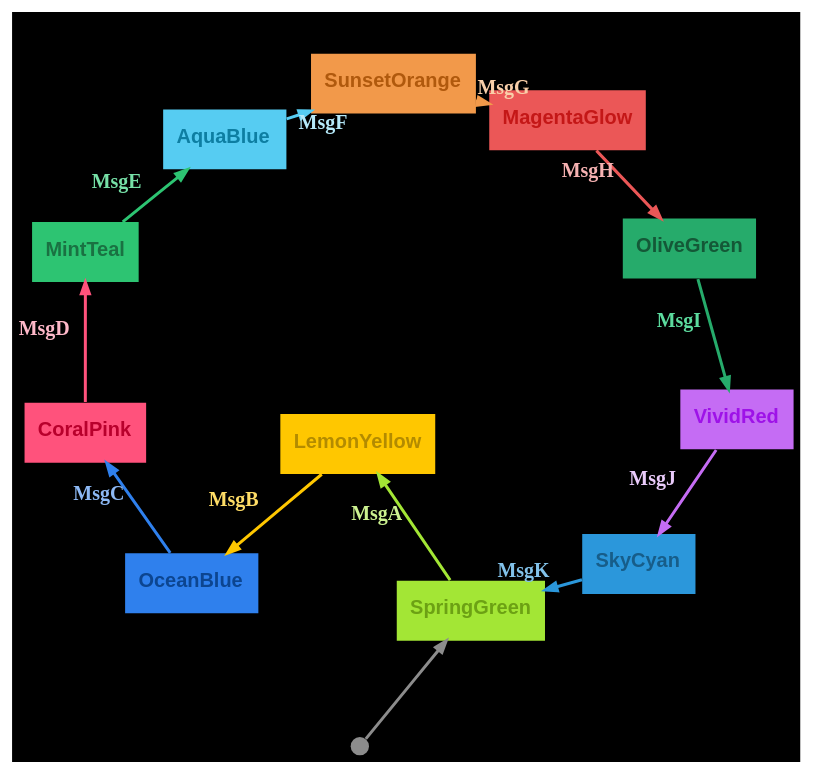
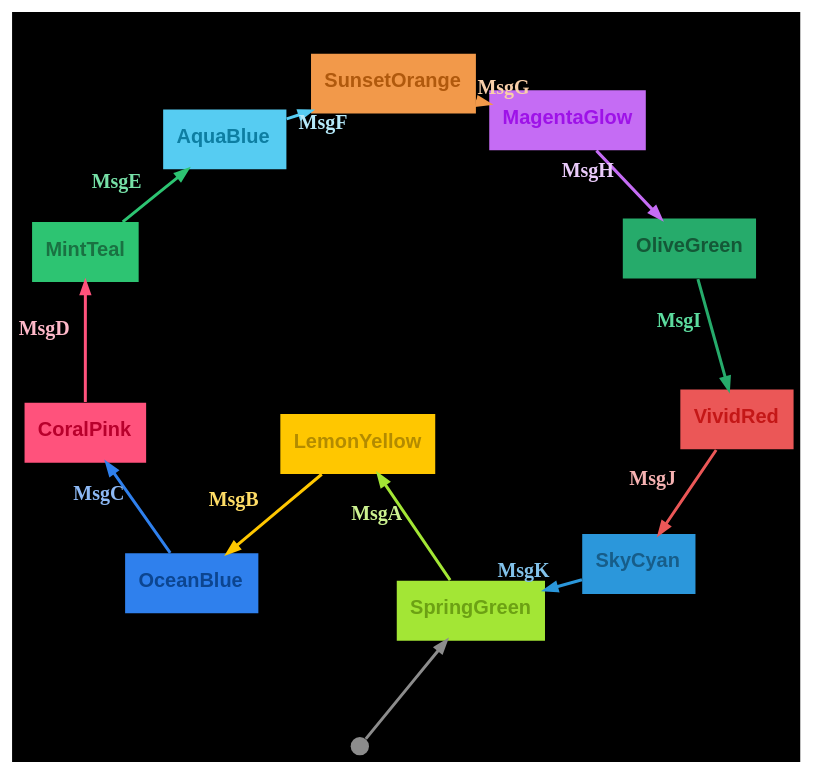
One commit to m-bock/purescript-transit changed the diagram in graphs/color-ring-dark.dot. Above: the diagram before and after it, drawn with Graphviz. The commit also changed 7 other files, not shown here.

```diff
--- a/graphs/color-ring-dark.dot
+++ b/graphs/color-ring-dark.dot
@@ -1,29 +1,29 @@
 digraph 
 {
 rankdir = "TD";fontname = "Arial";label = <<b>Color Ring</b>>;labelloc = "t";fontsize = 12;bgcolor = "#000000"
 graph [layout=sfdp;overlap=false, K=2.5, repulsiveforce=4, splines=true];
 SpringGreen [shape = "box", label = <<b>SpringGreen</b>>, fontsize = 12, style = "filled", fillcolor = "#a3e635", fontcolor = "#6ca114", fontname = "Arial", labelloc = "c", penwidth = 0.0]
 __Start__ [shape = "circle", label = "", width = 0.15, height = 0.15, fixedsize = true, style = "filled", fillcolor = "#8c8c8c", penwidth = 0.0]
 __Start__ -> SpringGreen [color = "#8c8c8c", fontsize = 12, arrowsize = "0.7", penwidth = 1.8]
 SpringGreen -> LemonYellow [color = "#a3e635", fontcolor = "#ccf190", fontsize = 12, arrowsize = "0.7", label = <<b>MsgA</b>>, penwidth = 1.8]
 LemonYellow [shape = "box", label = <<b>LemonYellow</b>>, fontsize = 12, style = "filled", fillcolor = "#ffc700", fontcolor = "#b38b00", fontname = "Arial", labelloc = "c", penwidth = 0.0]
 LemonYellow -> OceanBlue [color = "#ffc700", fontcolor = "#ffdd66", fontsize = 12, arrowsize = "0.7", label = <<b>MsgB</b>>, penwidth = 1.8]
 OceanBlue [shape = "box", label = <<b>OceanBlue</b>>, fontsize = 12, style = "filled", fillcolor = "#2f80ed", fontcolor = "#0c4590", fontname = "Arial", labelloc = "c", penwidth = 0.0]
 OceanBlue -> CoralPink [color = "#2f80ed", fontcolor = "#8db9f5", fontsize = 12, arrowsize = "0.7", label = <<b>MsgC</b>>, penwidth = 1.8]
 CoralPink [shape = "box", label = <<b>CoralPink</b>>, fontsize = 12, style = "filled", fillcolor = "#ff527c", fontcolor = "#b8002c", fontname = "Arial", labelloc = "c", penwidth = 0.0]
 CoralPink -> MintTeal [color = "#ff527c", fontcolor = "#ffb8c9", fontsize = 12, arrowsize = "0.7", label = <<b>MsgD</b>>, penwidth = 1.8]
 MintTeal [shape = "box", label = <<b>MintTeal</b>>, fontsize = 12, style = "filled", fillcolor = "#2dc472", fontcolor = "#1a7142", fontname = "Arial", labelloc = "c", penwidth = 0.0]
 MintTeal -> AquaBlue [color = "#2dc472", fontcolor = "#76e0a7", fontsize = 12, arrowsize = "0.7", label = <<b>MsgE</b>>, penwidth = 1.8]
 AquaBlue [shape = "box", label = <<b>AquaBlue</b>>, fontsize = 12, style = "filled", fillcolor = "#56ccf2", fontcolor = "#0d7ea2", fontname = "Arial", labelloc = "c", penwidth = 0.0]
 AquaBlue -> SunsetOrange [color = "#56ccf2", fontcolor = "#b5e9f9", fontsize = 12, arrowsize = "0.7", label = <<b>MsgF</b>>, penwidth = 1.8]
 SunsetOrange [shape = "box", label = <<b>SunsetOrange</b>>, fontsize = 12, style = "filled", fillcolor = "#f2994a", fontcolor = "#b0590d", fontname = "Arial", labelloc = "c", penwidth = 0.0]
 SunsetOrange -> MagentaGlow [color = "#f2994a", fontcolor = "#f9cfa9", fontsize = 12, arrowsize = "0.7", label = <<b>MsgG</b>>, penwidth = 1.8]
-MagentaGlow [shape = "box", label = <<b>MagentaGlow</b>>, fontsize = 12, style = "filled", fillcolor = "#eb5757", fontcolor = "#c41717", fontname = "Arial", labelloc = "c", penwidth = 0.0]
-MagentaGlow -> OliveGreen [color = "#eb5757", fontcolor = "#f6b2b2", fontsize = 12, arrowsize = "0.7", label = <<b>MsgH</b>>, penwidth = 1.8]
+MagentaGlow [shape = "box", label = <<b>MagentaGlow</b>>, fontsize = 12, style = "filled", fillcolor = "#c56cf4", fontcolor = "#9e12e8", fontname = "Arial", labelloc = "c", penwidth = 0.0]
+MagentaGlow -> OliveGreen [color = "#c56cf4", fontcolor = "#eacbfb", fontsize = 12, arrowsize = "0.7", label = <<b>MsgH</b>>, penwidth = 1.8]
 OliveGreen [shape = "box", label = <<b>OliveGreen</b>>, fontsize = 12, style = "filled", fillcolor = "#26ab6b", fontcolor = "#145837", fontname = "Arial", labelloc = "c", penwidth = 0.0]
 OliveGreen -> VividRed [color = "#26ab6b", fontcolor = "#5cdb9e", fontsize = 12, arrowsize = "0.7", label = <<b>MsgI</b>>, penwidth = 1.8]
-VividRed [shape = "box", label = <<b>VividRed</b>>, fontsize = 12, style = "filled", fillcolor = "#c56cf4", fontcolor = "#9e12e8", fontname = "Arial", labelloc = "c", penwidth = 0.0]
-VividRed -> SkyCyan [color = "#c56cf4", fontcolor = "#eacbfb", fontsize = 12, arrowsize = "0.7", label = <<b>MsgJ</b>>, penwidth = 1.8]
+VividRed [shape = "box", label = <<b>VividRed</b>>, fontsize = 12, style = "filled", fillcolor = "#eb5757", fontcolor = "#c41717", fontname = "Arial", labelloc = "c", penwidth = 0.0]
+VividRed -> SkyCyan [color = "#eb5757", fontcolor = "#f6b2b2", fontsize = 12, arrowsize = "0.7", label = <<b>MsgJ</b>>, penwidth = 1.8]
 SkyCyan [shape = "box", label = <<b>SkyCyan</b>>, fontsize = 12, style = "filled", fillcolor = "#2b97db", fontcolor = "#175d89", fontname = "Arial", labelloc = "c", penwidth = 0.0]
 SkyCyan -> SpringGreen [color = "#2b97db", fontcolor = "#82c2ea", fontsize = 12, arrowsize = "0.7", label = <<b>MsgK</b>>, penwidth = 1.8]
 }
```
